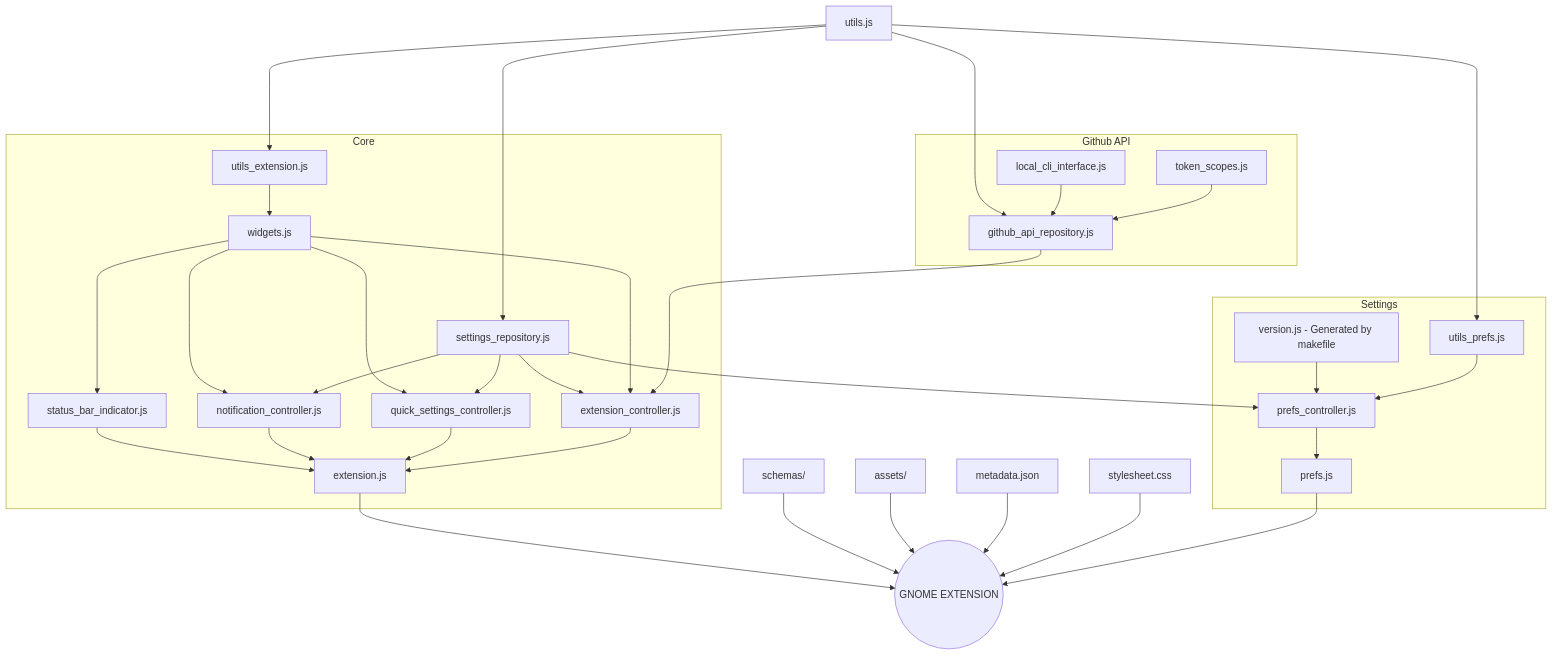
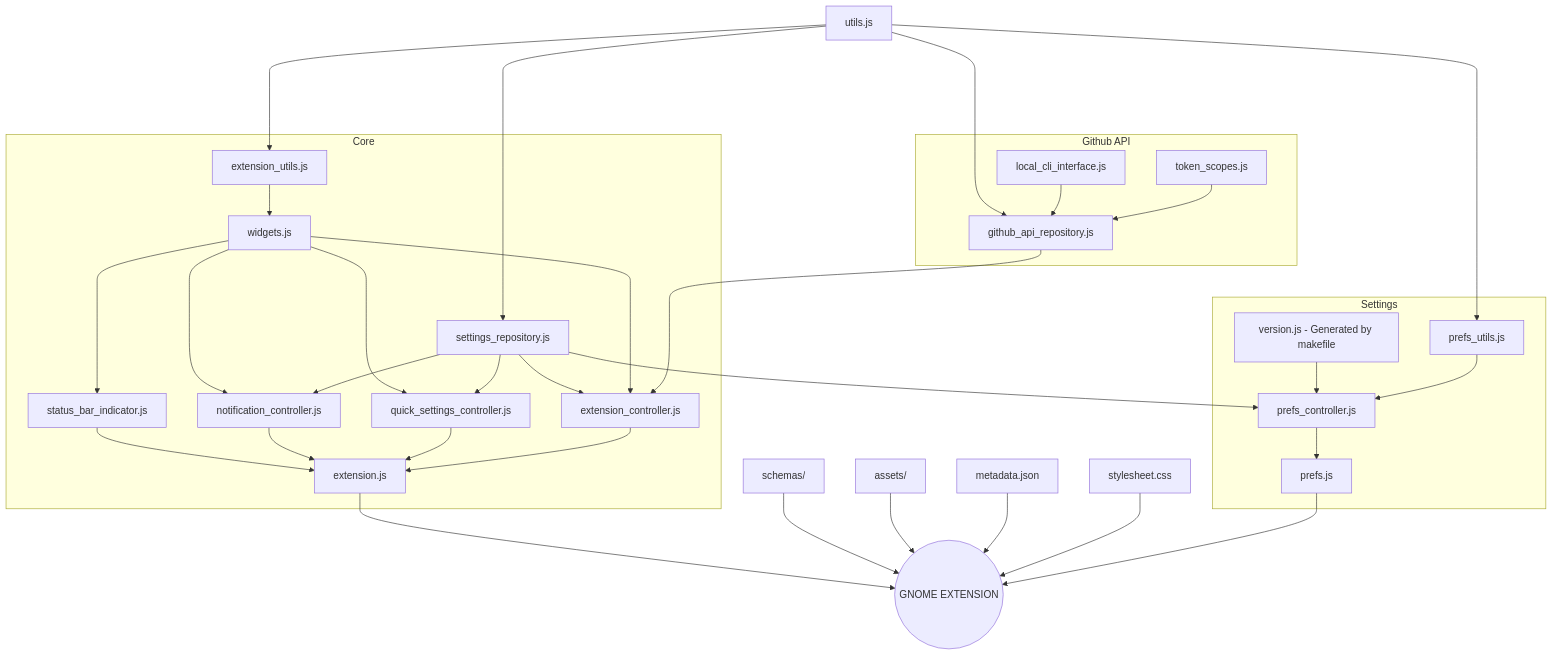
The diagram in README.md (arononak/github-actions-gnome-extension), drawn with Mermaid before and after one commit.

````diff
--- a/README.md
+++ b/README.md
@@ -33,57 +33,57 @@
 ```mermaid
 graph TD
-    utils.js---->utils_extension.js
+    utils.js---->extension_utils.js
     utils.js---->github_api_repository.js
-    utils.js---->utils_prefs.js
+    utils.js---->prefs_utils.js
     utils.js---->settings_repository.js
-    utils_extension.js-->widgets.js
+    extension_utils.js-->widgets.js
     widgets.js--->status_bar_indicator.js
     widgets.js--->quick_settings_controller.js
     widgets.js--->notification_controller.js
     settings_repository.js-->extension_controller.js
     widgets.js-->extension_controller.js
     local_cli_interface.js-->github_api_repository.js
     token_scopes.js-->github_api_repository.js
     github_api_repository.js--->extension_controller.js
     settings_repository.js-->quick_settings_controller.js
     settings_repository.js-->notification_controller.js
     settings_repository.js-->prefs_controller.js
     version.js[version.js - Generated by makefile]-->prefs_controller.js
-    utils_prefs.js-->prefs_controller.js
+    prefs_utils.js-->prefs_controller.js
     prefs_controller.js-->prefs.js
     status_bar_indicator.js-->extension.js
     notification_controller.js-->extension.js
     quick_settings_controller.js-->extension.js
     extension_controller.js-->extension.js
     
     extension.js-->EXTENSION((GNOME EXTENSION))
     schemas/-->EXTENSION((GNOME EXTENSION))
     assets/-->EXTENSION((GNOME EXTENSION))
     metadata.json-->EXTENSION((GNOME EXTENSION))
     stylesheet.css-->EXTENSION((GNOME EXTENSION))
     prefs.js-->EXTENSION((GNOME EXTENSION))
 
     subgraph "Settings"
         version.js
         prefs.js
         prefs_controller.js
-        utils_prefs.js
+        prefs_utils.js
     end
 
     subgraph "Github API"
         token_scopes.js
         local_cli_interface.js
         github_api_repository.js
     end
 
     subgraph "Core"
         extension.js
         extension_controller.js
         quick_settings_controller.js
         notification_controller.js
         status_bar_indicator.js
         settings_repository.js
         widgets.js
-        utils_extension.js
+        extension_utils.js
     end
 ```
````
